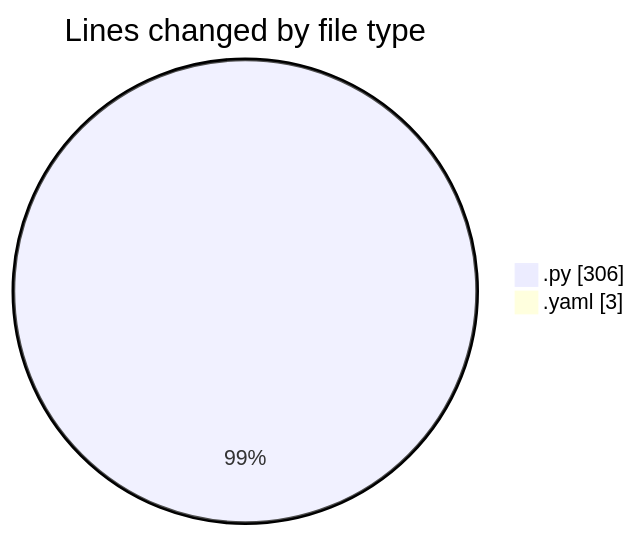
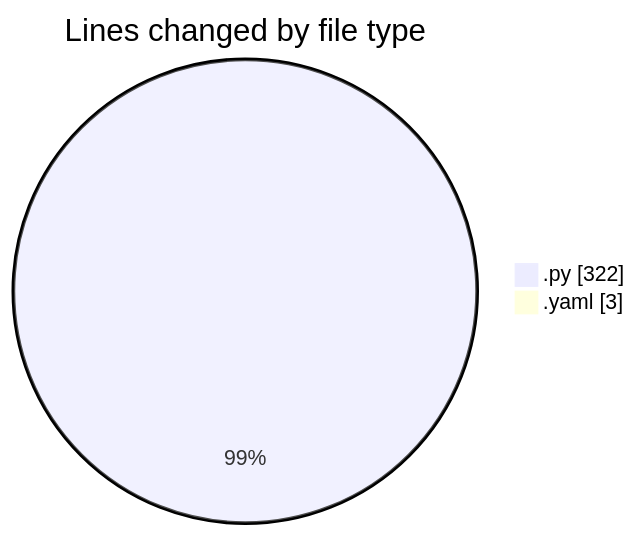
Before and after one commit to MatusMokan/code-tracking: the first of 2 diagrams in 2025-03-09/myws__workspace_/README.md, drawn with Mermaid. The commit also changed other lines of this file and 1 other file, not shown here.

````diff
--- a/2025-03-09/myws__workspace_/README.md
+++ b/2025-03-09/myws__workspace_/README.md
@@ -21,6 +21,6 @@
 ```mermaid
 pie showData
 title Lines changed by file type
-".py" : 306
+".py" : 322
 ".yaml" : 3
 ```
````
